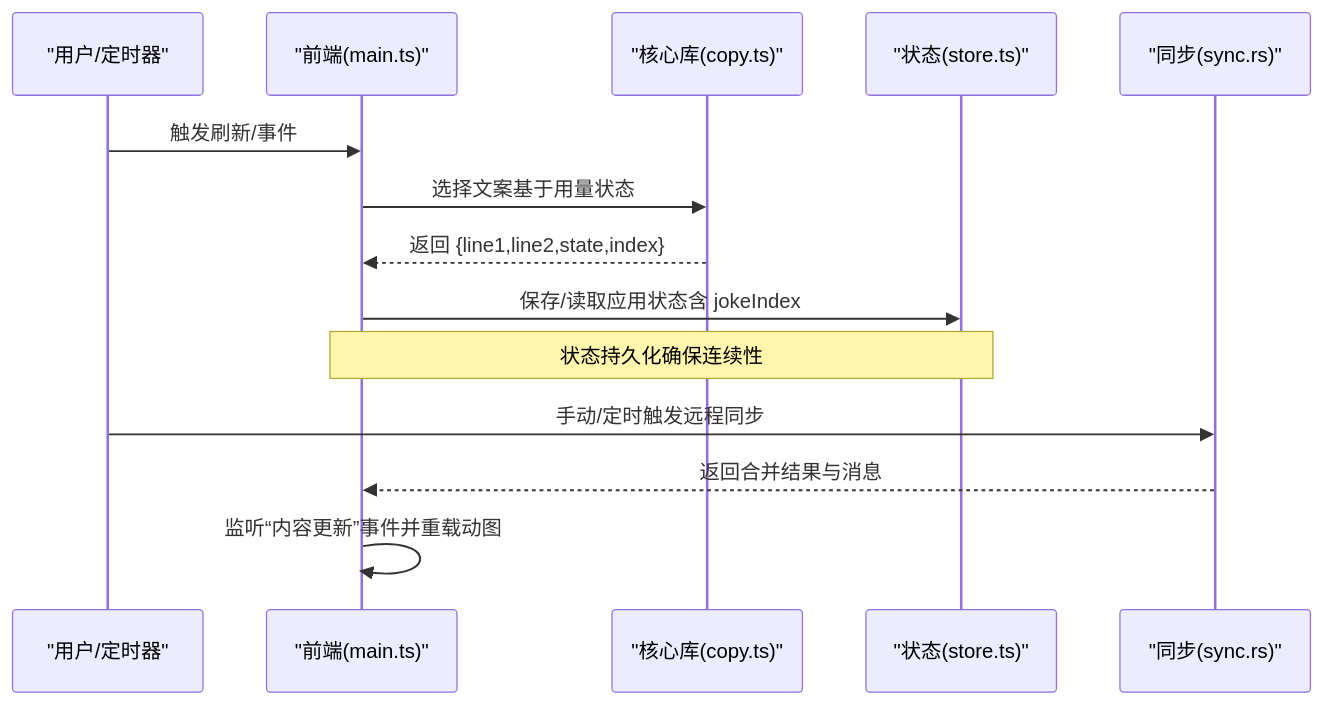
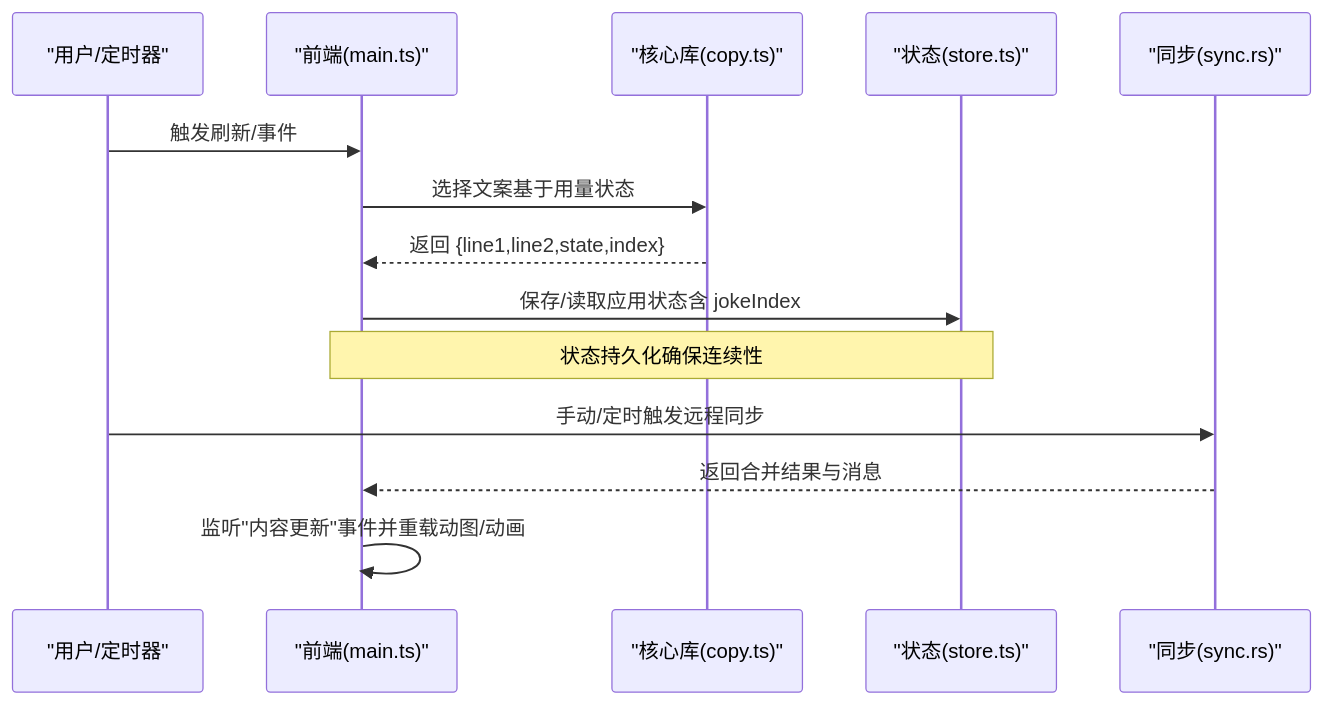
One commit to Sev73n/cursorq changed the fourth of 4 diagrams in .qoder/repowiki/zh/content/资源管理/内容管理.md. Above: the diagram before and after it, drawn with Mermaid. The commit also changed other lines of this file and 10 other files, not shown here.

````diff
--- a/.qoder/repowiki/zh/content/资源管理/内容管理.md
+++ b/.qoder/repowiki/zh/content/资源管理/内容管理.md
@@ -327,16 +409,16 @@
 ```mermaid
 sequenceDiagram
 participant User as "用户/定时器"
 participant Main as "前端(main.ts)"
 participant Core as "核心库(copy.ts)"
 participant Store as "状态(store.ts)"
 participant Sync as "同步(sync.rs)"
 User->>Main : 触发刷新/事件
 Main->>Core : 选择文案基于用量状态
 Core-->>Main : 返回 {line1,line2,state,index}
 Main->>Store : 保存/读取应用状态含 jokeIndex
 Note over Main,Store : 状态持久化确保连续性
 User->>Sync : 手动/定时触发远程同步
 Sync-->>Main : 返回合并结果与消息
-Main->>Main : 监听“内容更新”事件并重载动图
+Main->>Main : 监听"内容更新"事件并重载动图/动画
 ```
````
